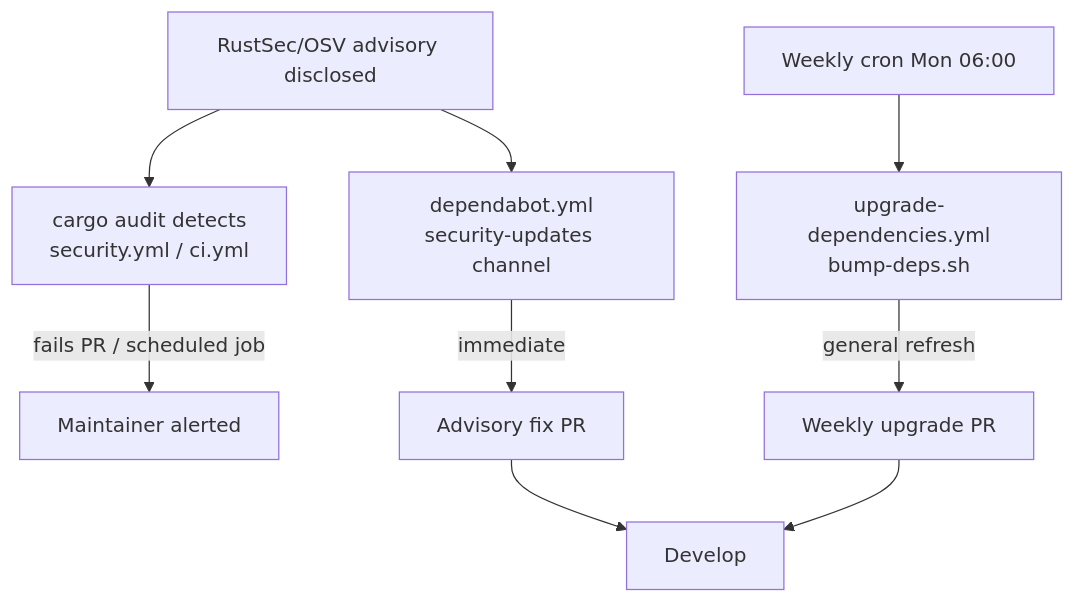
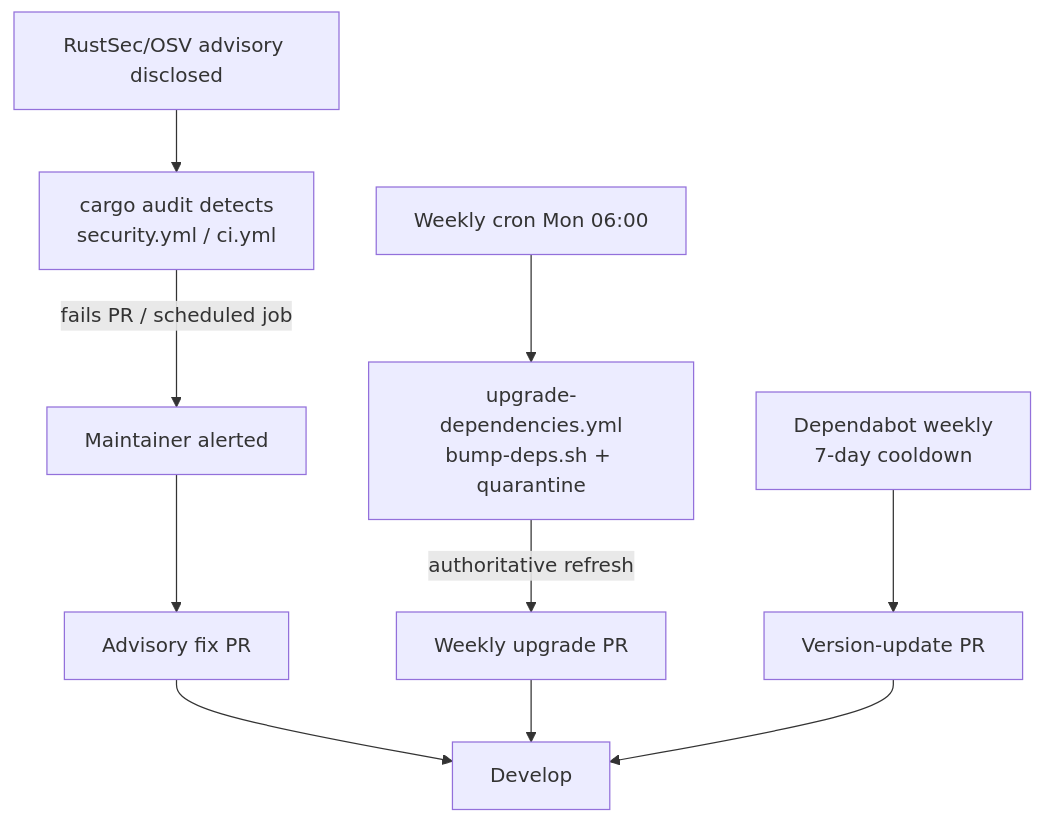
The fourth of 4 diagrams in README.md (stSoftwareAU/NEAT-AI-core), drawn with Mermaid before and after one commit. The commit also changed other lines of this file and 5 other files, not shown here.

````diff
--- a/README.md
+++ b/README.md
@@ -324,11 +336,12 @@
 ```mermaid
 flowchart TD
     Adv[RustSec/OSV advisory disclosed] --> Detect[cargo audit detects<br/>security.yml / ci.yml]
     Detect -->|fails PR / scheduled job| Alert[Maintainer alerted]
-    Adv --> Dependabot[dependabot.yml<br/>security-updates channel]
-    Dependabot -->|immediate| FixPR[Advisory fix PR]
-    Cron[Weekly cron Mon 06:00] --> Bump[upgrade-dependencies.yml<br/>bump-deps.sh]
-    Bump -->|general refresh| GenPR[Weekly upgrade PR]
+    Alert --> FixPR[Advisory fix PR]
+    Cron[Weekly cron Mon 06:00] --> Bump[upgrade-dependencies.yml<br/>bump-deps.sh + quarantine]
+    Bump -->|authoritative refresh| GenPR[Weekly upgrade PR]
+    DepCron[Dependabot weekly<br/>7-day cooldown] --> DepPR[Version-update PR]
     FixPR --> Develop[Develop]
     GenPR --> Develop
+    DepPR --> Develop
 ```
````
